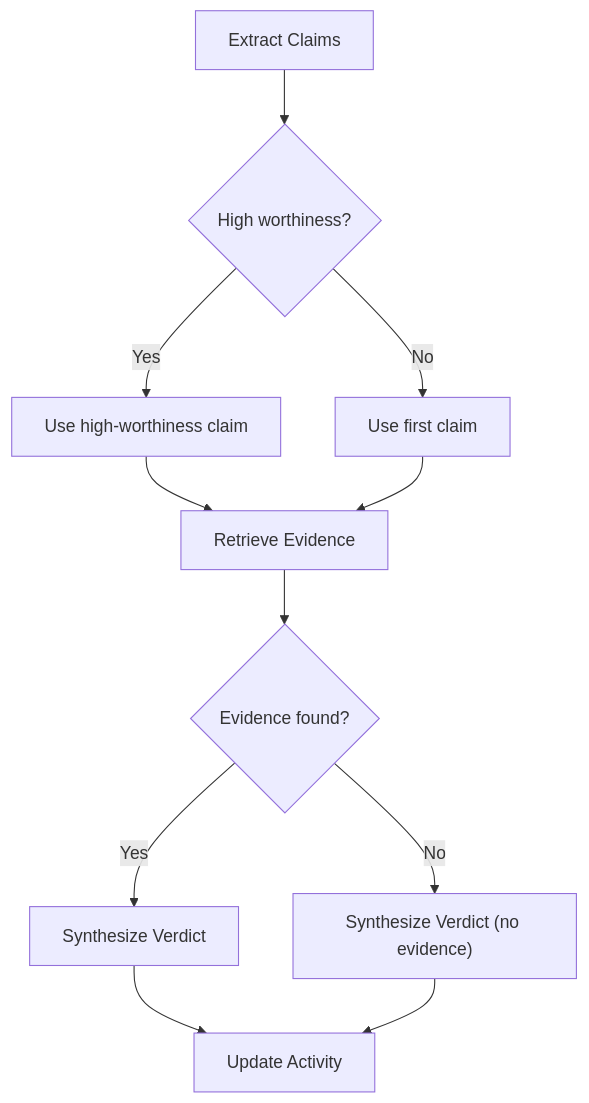
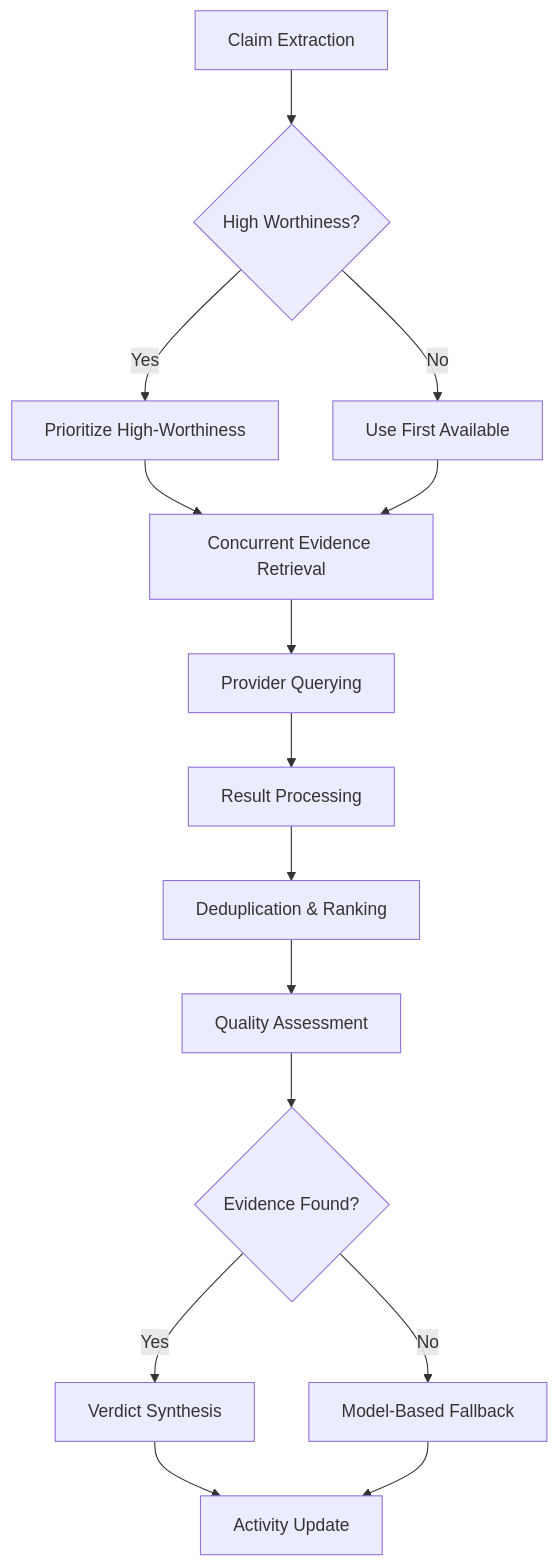
The third of 4 diagrams in .qoder/repowiki/en/content/Core Services/Evidence Retrieval.md (alexandreybasta-cyber/factshield-ios), drawn with Mermaid before and after one commit. The commit also changed other lines of this file and 97 other files, not shown here.

````diff
--- a/.qoder/repowiki/en/content/Core Services/Evidence Retrieval.md
+++ b/.qoder/repowiki/en/content/Core Services/Evidence Retrieval.md
@@ -354,13 +390,17 @@
 ```mermaid
 flowchart TD
-A["Extract Claims"] --> B{"High worthiness?"}
-B --> |Yes| C["Use high-worthiness claim"]
-B --> |No| D["Use first claim"]
-C --> E["Retrieve Evidence"]
+A["Claim Extraction"] --> B{"High Worthiness?"}
+B --> |Yes| C["Prioritize High-Worthiness"]
+B --> |No| D["Use First Available"]
+C --> E["Concurrent Evidence Retrieval"]
 D --> E
-E --> F{"Evidence found?"}
-F --> |Yes| G["Synthesize Verdict"]
-F --> |No| H["Synthesize Verdict (no evidence)"]
-G --> I["Update Activity"]
-H --> I
+E --> F["Provider Querying"]
+F --> G["Result Processing"]
+G --> H["Deduplication & Ranking"]
+H --> I["Quality Assessment"]
+I --> J{"Evidence Found?"}
+J --> |Yes| K["Verdict Synthesis"]
+J --> |No| L["Model-Based Fallback"]
+K --> M["Activity Update"]
+L --> M
 ```
````
